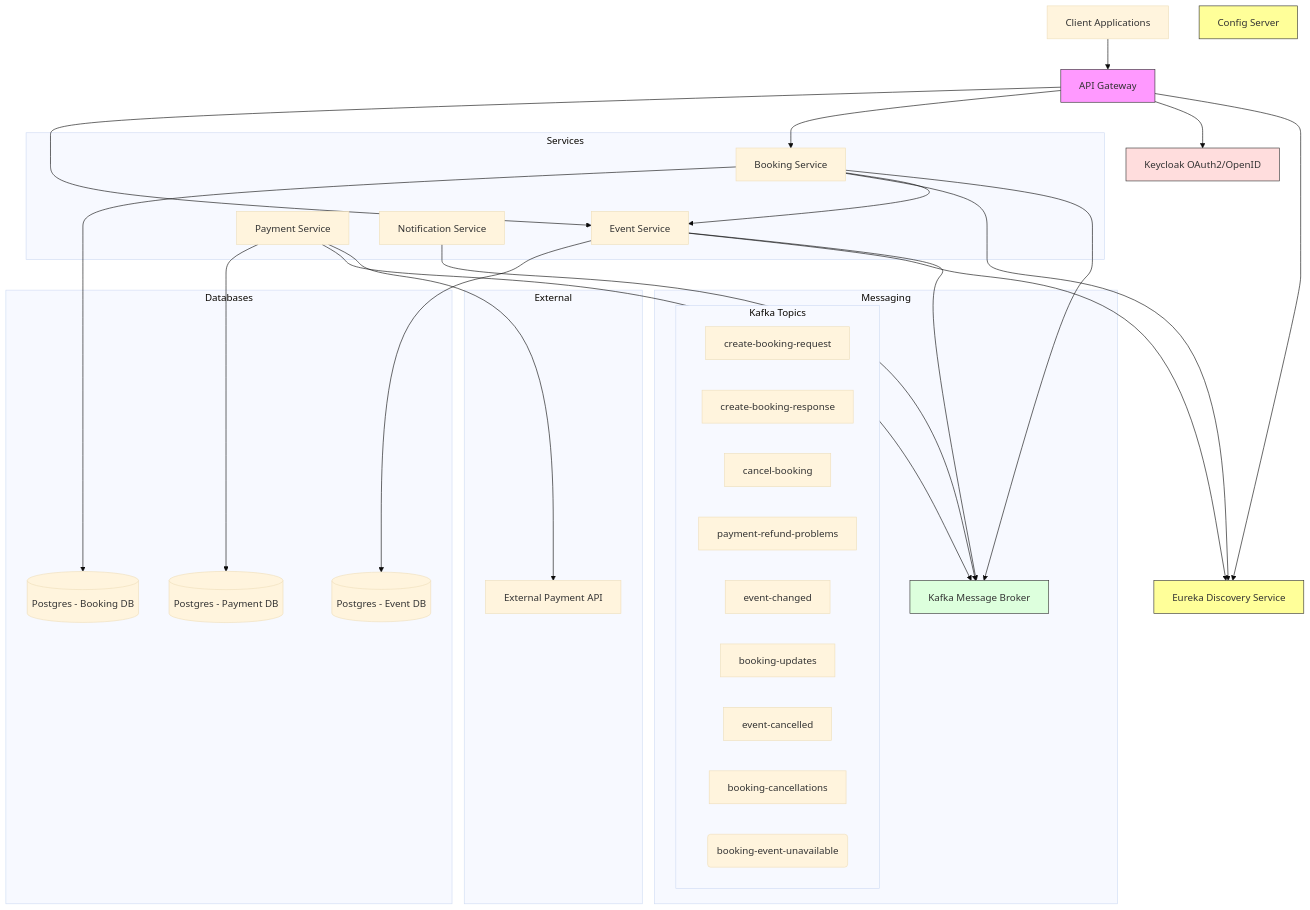
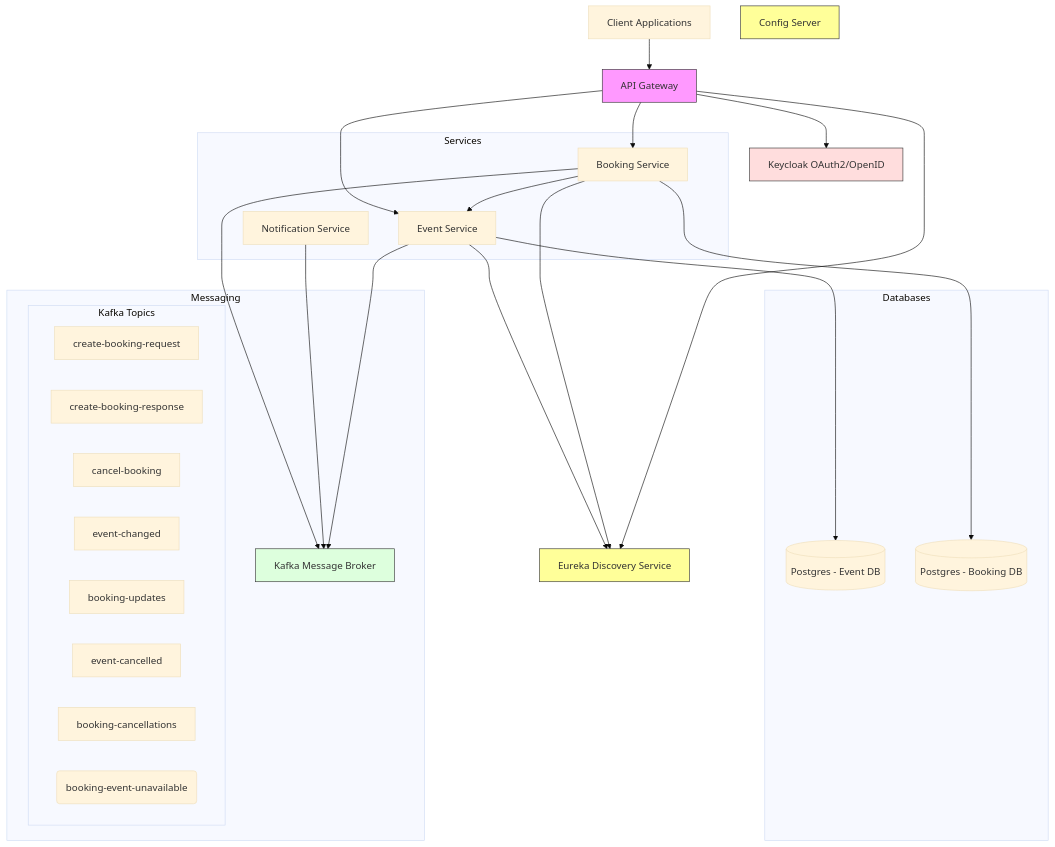
One commit to piper1970/event-booking-microservice changed the diagram in system-architecture.mermaid. Above: the diagram before and after it, drawn with Mermaid (base theme). The commit also changed 115 other files, not shown here.

```diff
--- a/system-architecture.mermaid
+++ b/system-architecture.mermaid
@@ -1,68 +1,57 @@
 graph TB
     Client[Client Applications]
     Gateway[API Gateway]
     Config[Config Server]
     Eureka[Eureka Discovery Service]
     Keycloak[Keycloak OAuth2/OpenID]
     
     subgraph Services
         EventService[Event Service]
         BookingService[Booking Service]
-        PaymentService[Payment Service]
         NotificationService[Notification Service]
     end
     
     subgraph Databases
         EventDB[(Postgres - Event DB)]
         BookingDB[(Postgres - Booking DB)]
-        PaymentDB[(Postgres - Payment DB)]
     end
     
     subgraph Messaging
         Kafka[Kafka Message Broker]
         
         subgraph Kafka Topics
             topic1[create-booking-request]
             topic2[create-booking-response]
             topic3[cancel-booking]
-            topic4[payment-refund-problems]
-            topic5[event-changed]
-            topic6[booking-updates]
-            topic7[event-cancelled]
-            topic8[booking-cancellations]
-            topic9(booking-event-unavailable)
+            topic4[event-changed]
+            topic5[booking-updates]
+            topic6[event-cancelled]
+            topic7[booking-cancellations]
+            topic8(booking-event-unavailable)
         end
     end
-    
-    subgraph External
-        PaymentAPI[External Payment API]
-    end
-    
+
     Client --> Gateway
     Gateway --> EventService
     Gateway --> BookingService
     
     Gateway --> Keycloak
     
     EventService --> EventDB
     BookingService --> BookingDB
-    PaymentService --> PaymentDB
     
     EventService --> Eureka
     BookingService --> Eureka
     Gateway --> Eureka
     
     BookingService --> EventService
     
     BookingService --> Kafka
-    PaymentService --> Kafka
     NotificationService --> Kafka
     EventService --> Kafka
-    
-    PaymentService --> PaymentAPI
-    
+
     style Gateway fill:#f9f,stroke:#333
     style Eureka fill:#ff9,stroke:#333
     style Config fill:#ff9,stroke:#333
     style Kafka fill:#dfd,stroke:#333
     style Keycloak fill:#fdd,stroke:#333
```
